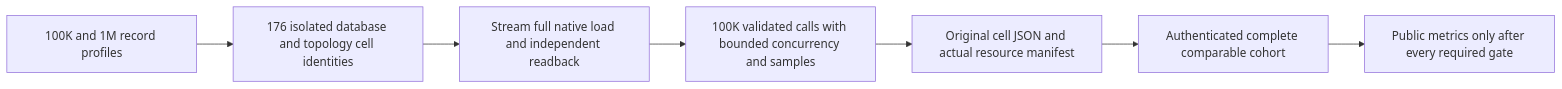
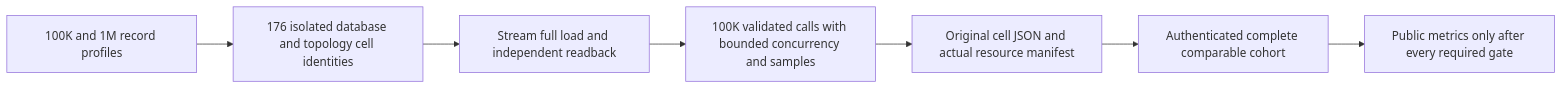
The first of 2 diagrams in docs/Features/BenchmarkComparisons/ScalingQualification.md (managedcode/KeyLoad), drawn with Mermaid before and after one commit. The commit also changed other lines of this file and 9016 other files, not shown here.

````diff
--- a/docs/Features/BenchmarkComparisons/ScalingQualification.md
+++ b/docs/Features/BenchmarkComparisons/ScalingQualification.md
@@ -45,9 +45,9 @@
 ```mermaid
 flowchart LR
     profiles[100K and 1M record profiles] --> jobs[176 isolated database and topology cell identities]
-    jobs --> corpus[Stream full native load and independent readback]
+    jobs --> corpus[Stream full load and independent readback]
     corpus --> measure[100K validated calls with bounded concurrency and samples]
     measure --> json[Original cell JSON and actual resource manifest]
     json --> aggregate[Authenticated complete comparable cohort]
     aggregate --> publication[Public metrics only after every required gate]
 ```
````
